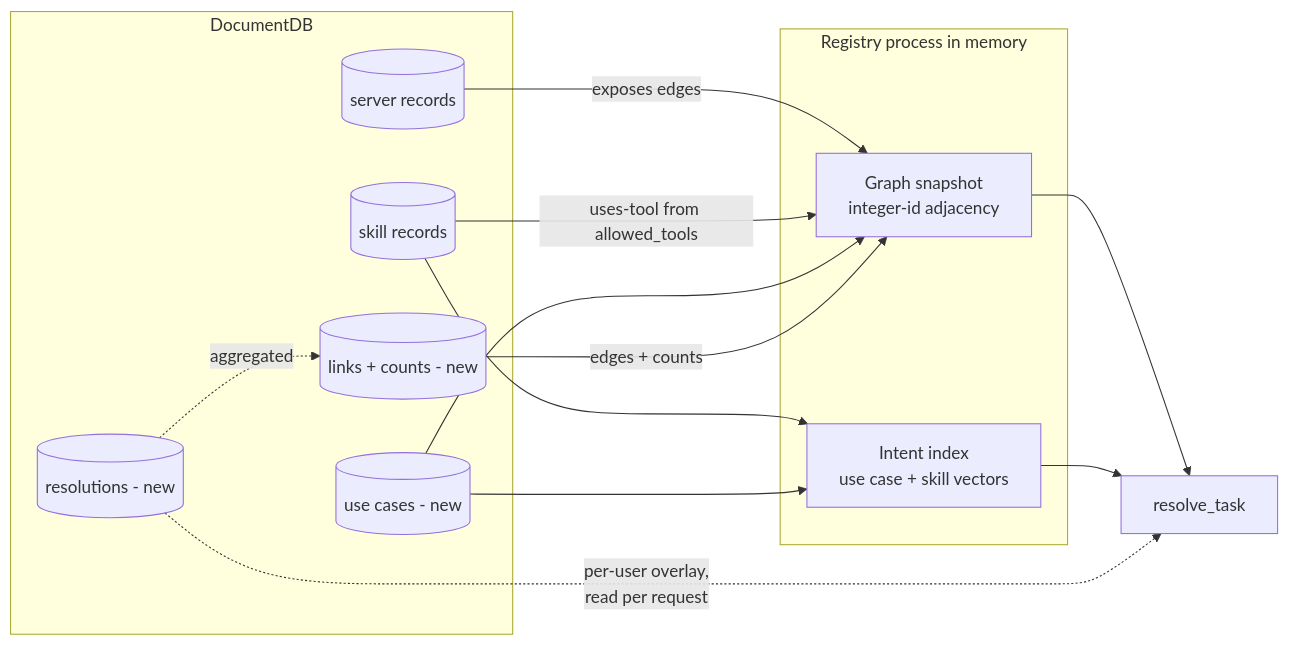
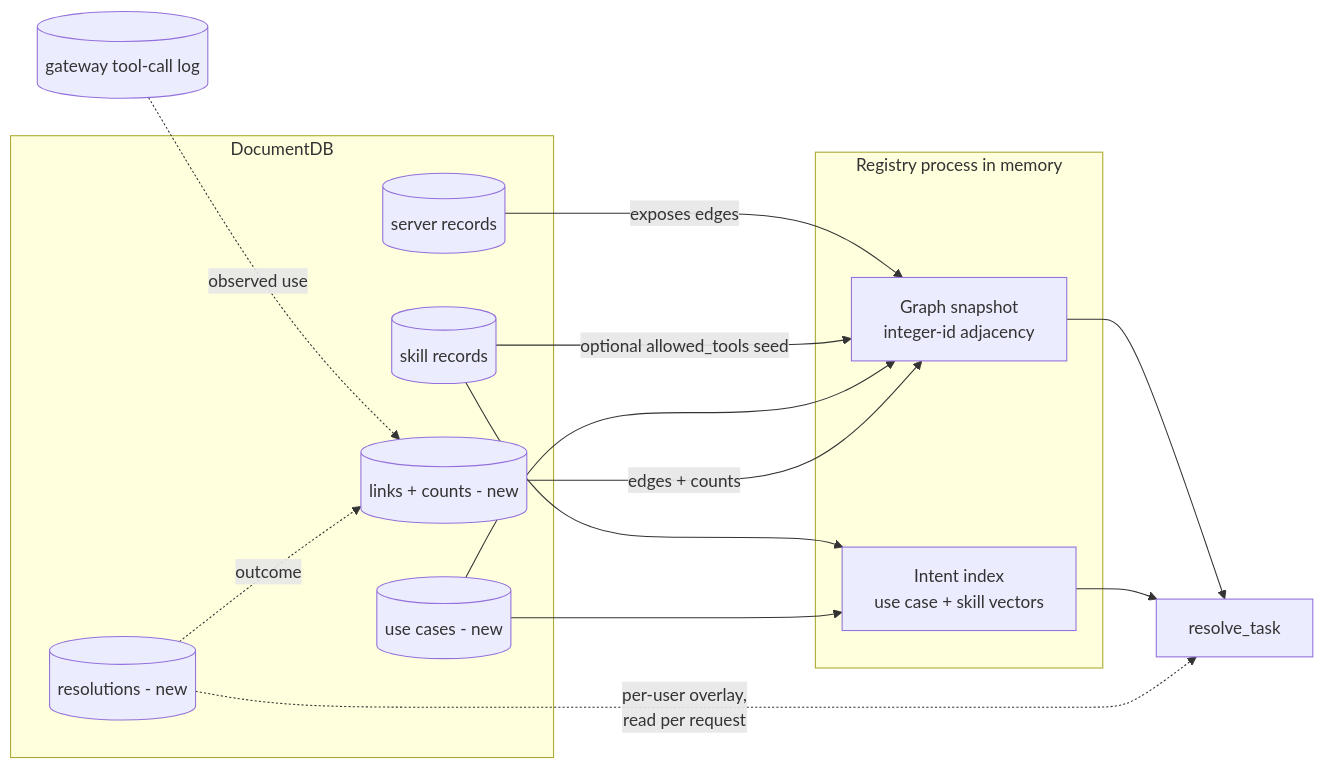
One commit to adrianB1996/mcp-gateway-registry changed the second of 2 diagrams in docs/design/knowledge-graph-search.md. Above: the diagram before and after it, drawn with Mermaid. The commit also changed other lines of this file, not shown here.

First line of the commit message:
docs(design): skill-to-tool is learned from behaviour, and the graph churns constantly

````diff
--- a/docs/design/knowledge-graph-search.md
+++ b/docs/design/knowledge-graph-search.md
@@ -162,24 +171,26 @@
 ```mermaid
 flowchart LR
     subgraph persisted [DocumentDB]
         SRV[(server records)]
         SKL[(skill records)]
         UCS[(use cases - new)]
         LNK[(links + counts - new)]
         RES[(resolutions - new)]
     end
+    CALLS[(gateway tool-call log)]
     subgraph memory [Registry process in memory]
         G["Graph snapshot<br/>integer-id adjacency"]
         IDX["Intent index<br/>use case + skill vectors"]
     end
     SRV -->|exposes edges| G
-    SKL -->|uses-tool from allowed_tools| G
+    SKL -->|optional allowed_tools seed| G
     UCS --> G
     LNK -->|edges + counts| G
     SKL --> IDX
     UCS --> IDX
-    RES -.->|aggregated| LNK
+    CALLS -.->|observed use| LNK
+    RES -.->|outcome| LNK
     G --> RT[resolve_task]
     IDX --> RT
     RES -.->|per-user overlay,<br/>read per request| RT
 ```
````
